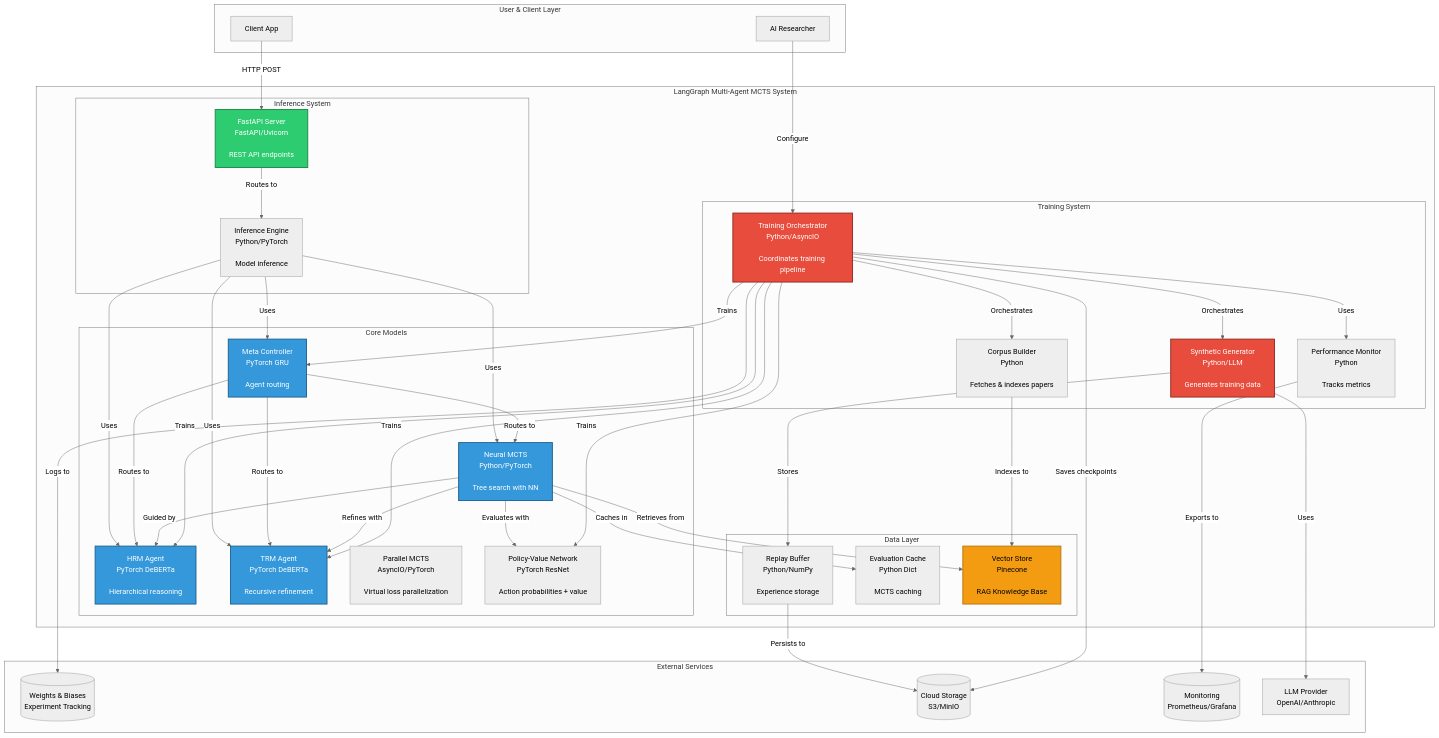
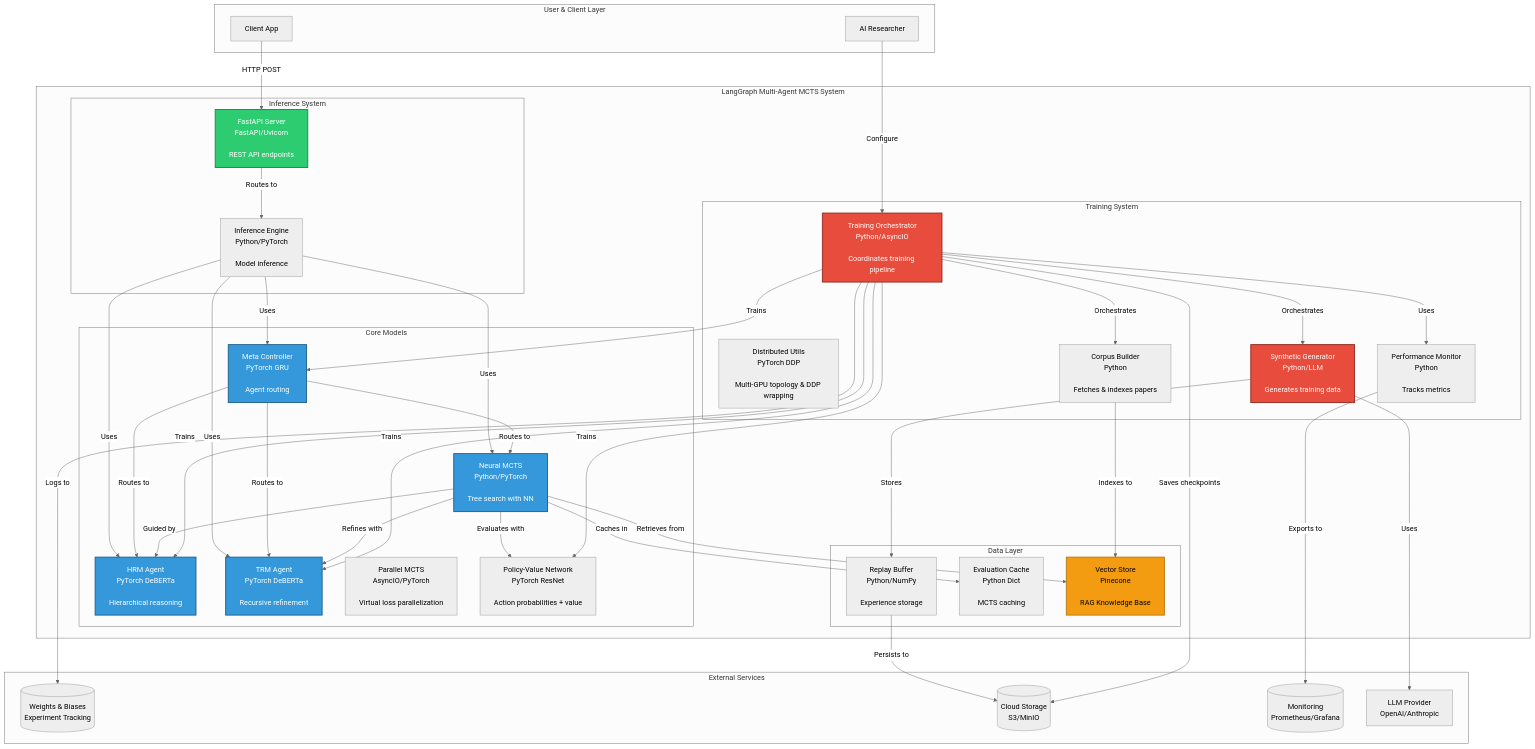
One commit to ianshank/Strategos-MCTS changed the second of 7 diagrams in docs/C4_ARCHITECTURE.md. Above: the diagram before and after it, drawn with Mermaid (neutral theme). The commit also changed 25 other files, not shown here.

First line of the commit message:
feat(ddp): add DistributedDataParallel scaling and deep-research workflow

```diff
--- a/docs/C4_ARCHITECTURE.md
+++ b/docs/C4_ARCHITECTURE.md
@@ -81,6 +81,7 @@
     subgraph "LangGraph Multi-Agent MCTS System"
         subgraph "Training System"
             Orchestrator[Training Orchestrator<br/>Python/AsyncIO<br/><br/>Coordinates training pipeline]
+            DDPUtils[Distributed Utils<br/>PyTorch DDP<br/><br/>Multi-GPU topology & DDP wrapping]
             DataGen[Synthetic Generator<br/>Python/LLM<br/><br/>Generates training data]
             CorpusBuilder[Corpus Builder<br/>Python<br/><br/>Fetches & indexes papers]
             Monitor[Performance Monitor<br/>Python<br/><br/>Tracks metrics]
```
